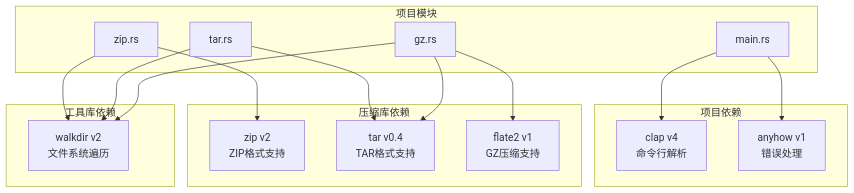
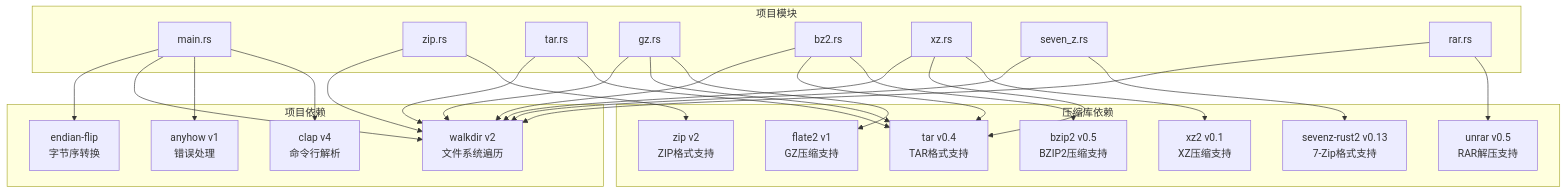
One commit to zhangjiacai-hub/myArchive changed diagram 12 of 13 in .qoder/repowiki/zh/content/核心功能实现/压缩功能实现.md. Above: the diagram before and after it, drawn with Mermaid. The commit also changed other lines of this file and 6 other files, not shown here.

````diff
--- a/.qoder/repowiki/zh/content/核心功能实现/压缩功能实现.md
+++ b/.qoder/repowiki/zh/content/核心功能实现/压缩功能实现.md
@@ -333,30 +557,49 @@
 ```mermaid
 graph TB
 subgraph "项目依赖"
 CLAP[clap v4<br/>命令行解析]
 ANYHOW[anyhow v1<br/>错误处理]
+WALKDIR[walkdir v2<br/>文件系统遍历]
+ENDIAN[endian-flip<br/>字节序转换]
 end
 subgraph "压缩库依赖"
 ZIP[zip v2<br/>ZIP格式支持]
 TAR[tar v0.4<br/>TAR格式支持]
 FLATE2[flate2 v1<br/>GZ压缩支持]
-end
-subgraph "工具库依赖"
-WALKDIR[walkdir v2<br/>文件系统遍历]
+BZIP2[bzip2 v0.5<br/>BZIP2压缩支持]
+XZ2[xz2 v0.1<br/>XZ压缩支持]
+SEVENZ[sevenz-rust2 v0.13<br/>7-Zip格式支持]
+UNRAR[unrar v0.5<br/>RAR解压支持]
 end
 subgraph "项目模块"
 MAIN[main.rs]
 ZIP_MOD[zip.rs]
 TAR_MOD[tar.rs]
 GZ_MOD[gz.rs]
+BZ2_MOD[bz2.rs]
+XZ_MOD[xz.rs]
+SEVENZ_MOD[seven_z.rs]
+RAR_MOD[rar.rs]
 end
 MAIN --> CLAP
 MAIN --> ANYHOW
+MAIN --> WALKDIR
+MAIN --> ENDIAN
 ZIP_MOD --> ZIP
 ZIP_MOD --> WALKDIR
 TAR_MOD --> TAR
 TAR_MOD --> WALKDIR
 GZ_MOD --> FLATE2
 GZ_MOD --> TAR
 GZ_MOD --> WALKDIR
+BZ2_MOD --> BZIP2
+BZ2_MOD --> TAR
+BZ2_MOD --> WALKDIR
+XZ_MOD --> XZ2
+XZ_MOD --> TAR
+XZ_MOD --> WALKDIR
+SEVENZ_MOD --> SEVENZ
+SEVENZ_MOD --> WALKDIR
+RAR_MOD --> UNRAR
+RAR_MOD --> WALKDIR
 ```
````
